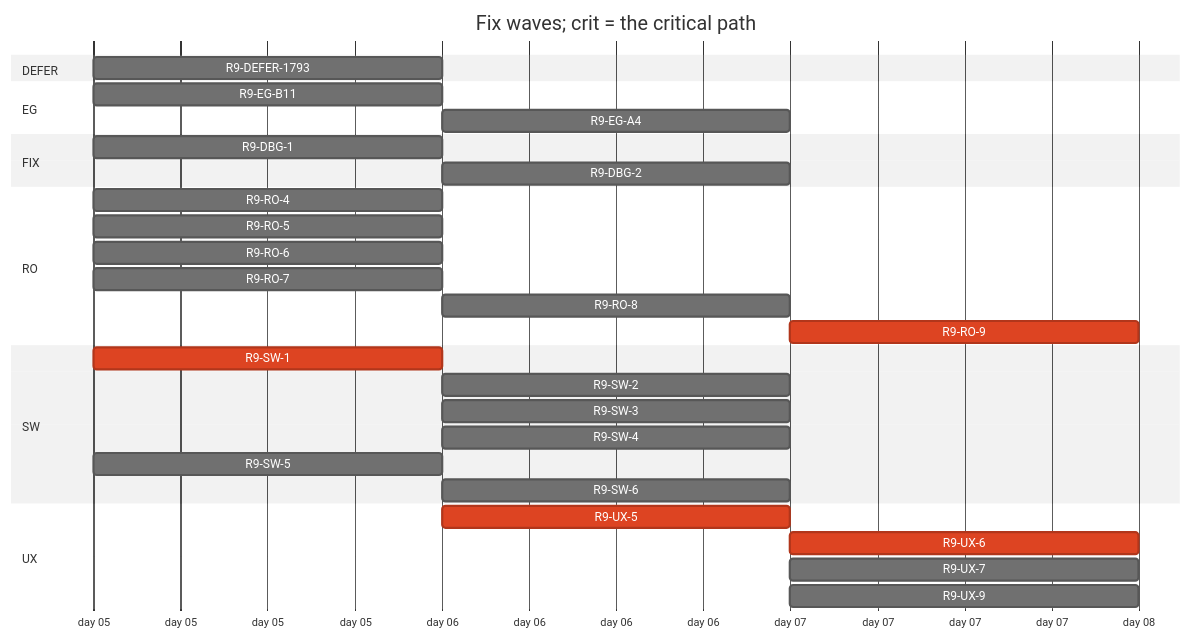
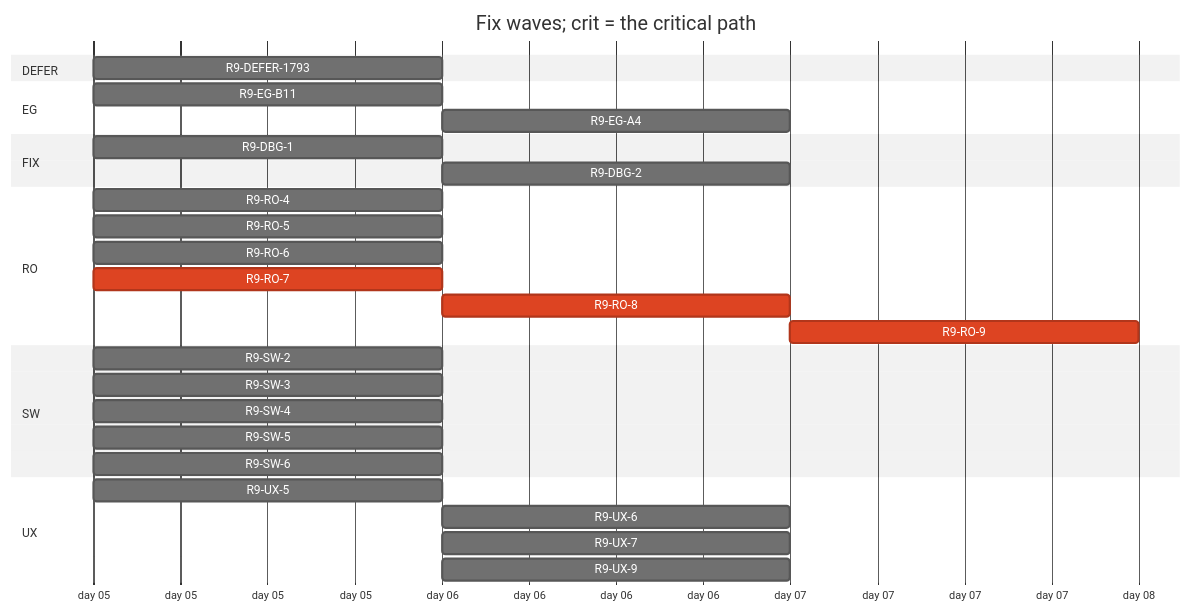
Before and after one commit to tvofi/heatpump_optimizer: the diagram in handoff/round9/state/PLAN-TABLE.md, drawn with Mermaid (neutral theme). The commit also changed other lines of this file and 2 other files, not shown here.

````diff
--- a/handoff/round9/state/PLAN-TABLE.md
+++ b/handoff/round9/state/PLAN-TABLE.md
@@ -19,33 +19,32 @@
 ```mermaid
 gantt
   title Fix waves; crit = the critical path
   dateFormat YYYY-MM-DD
   axisFormat day %d
   section DEFER
     R9-DEFER-1793 :r9DEFER1793, 2026-01-05, 1d
   section EG
     R9-EG-B11 :r9EGB11, 2026-01-05, 1d
     R9-EG-A4 :r9EGA4, after r9EGB11, 1d
   section FIX
     R9-DBG-1 :r9DBG1, 2026-01-05, 1d
     R9-DBG-2 :r9DBG2, after r9DBG1, 1d
   section RO
     R9-RO-4 :r9RO4, 2026-01-05, 1d
     R9-RO-5 :r9RO5, 2026-01-05, 1d
     R9-RO-6 :r9RO6, 2026-01-05, 1d
-    R9-RO-7 :r9RO7, 2026-01-05, 1d
-    R9-RO-8 :r9RO8, after r9RO7, 1d
+    R9-RO-7 :crit, r9RO7, 2026-01-05, 1d
+    R9-RO-8 :crit, r9RO8, after r9RO7, 1d
     R9-RO-9 :crit, r9RO9, after r9RO4 r9RO5 r9RO6 r9RO8 r9EGA4 r9SW4 r9UX5 r9UX6 r9UX7, 1d
   section SW
-    R9-SW-1 :crit, r9SW1, 2026-01-05, 1d
-    R9-SW-2 :r9SW2, after r9SW1, 1d
-    R9-SW-3 :r9SW3, after r9SW1, 1d
-    R9-SW-4 :r9SW4, after r9SW1, 1d
+    R9-SW-2 :r9SW2, 2026-01-05, 1d
+    R9-SW-3 :r9SW3, 2026-01-05, 1d
+    R9-SW-4 :r9SW4, 2026-01-05, 1d
     R9-SW-5 :r9SW5, 2026-01-05, 1d
-    R9-SW-6 :r9SW6, after r9SW1, 1d
+    R9-SW-6 :r9SW6, 2026-01-05, 1d
   section UX
-    R9-UX-5 :crit, r9UX5, after r9SW1, 1d
-    R9-UX-6 :crit, r9UX6, after r9EGB11 r9UX5, 1d
+    R9-UX-5 :r9UX5, 2026-01-05, 1d
+    R9-UX-6 :r9UX6, after r9EGB11 r9UX5, 1d
     R9-UX-7 :r9UX7, after r9EGB11 r9UX5, 1d
     R9-UX-9 :r9UX9, after r9SW6, 1d
 ```
````
